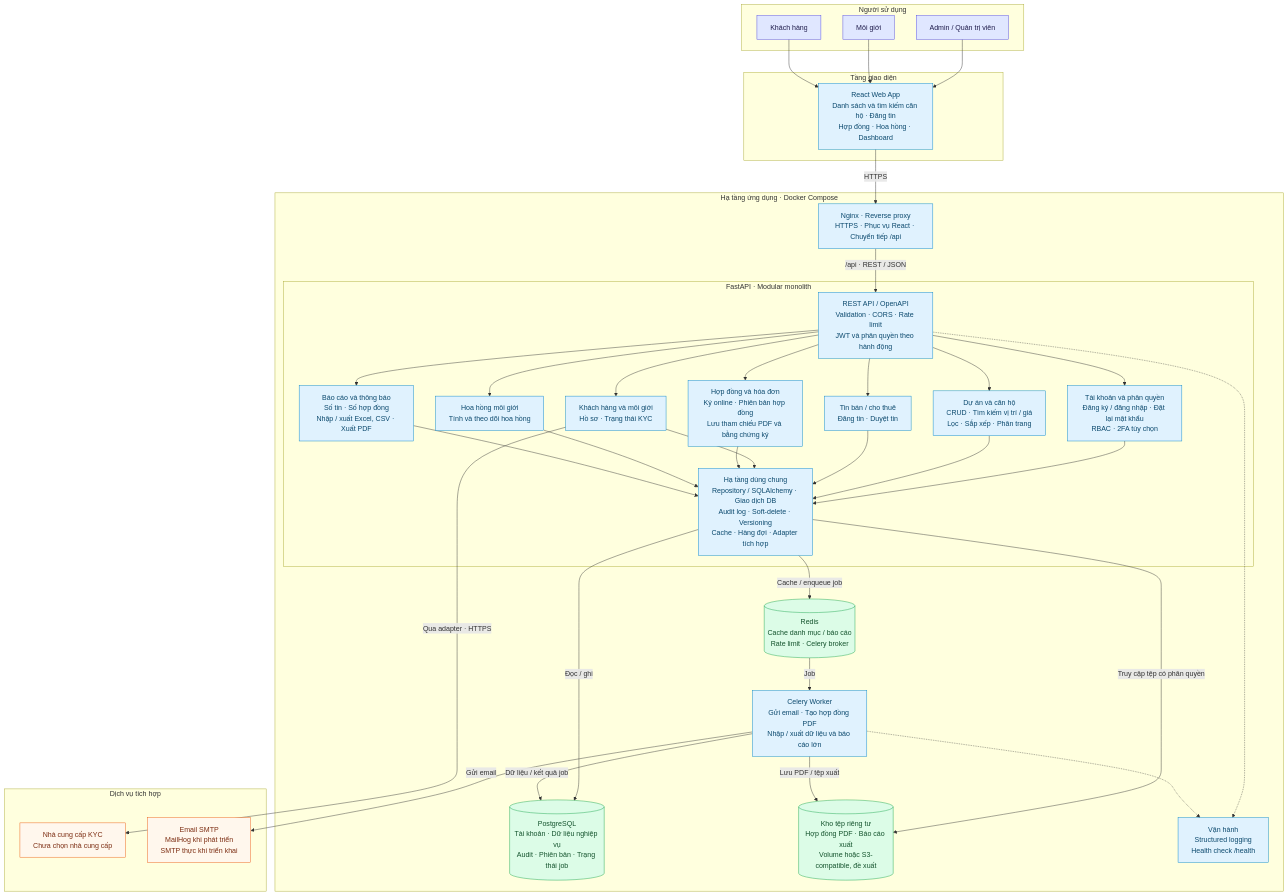
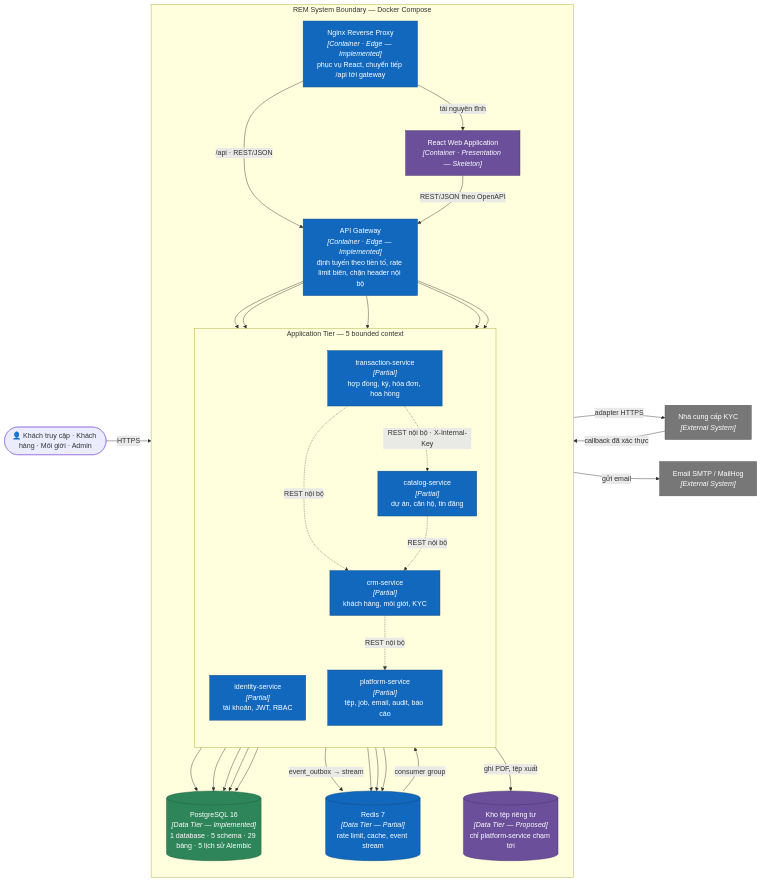
Before and after one commit to nvdat16/Real-Estate-Management: the third of 12 diagrams in docs/ARCHITECTURE.md, drawn with Mermaid. The commit also changed other lines of this file, not shown here.

Commit message:
docs(architecture): rewrite using arc42 and C4

````diff
--- a/docs/ARCHITECTURE.md
+++ b/docs/ARCHITECTURE.md
@@ -9,64 +162,69 @@
 ```mermaid
-flowchart TB
-    subgraph USERS["Người sử dụng"]
-        ADMIN["Admin / Quản trị viên"]
-        AGENT["Môi giới"]
-        CUSTOMER["Khách hàng"]
+flowchart LR
+    users(["👤 Khách truy cập · Khách hàng · Môi giới · Admin"])
+
+    subgraph system["REM System Boundary — Docker Compose"]
+        direction TB
+        proxy["Nginx Reverse Proxy<br/><i>[Container · Edge — Implemented]</i><br/>phục vụ React, chuyển tiếp /api tới gateway"]
+        web["React Web Application<br/><i>[Container · Presentation — Skeleton]</i>"]
+        gw["API Gateway<br/><i>[Container · Edge — Implemented]</i><br/>định tuyến theo tiền tố, rate limit biên, chặn header nội bộ"]
+
+        subgraph svc["Application Tier — 5 bounded context"]
+            direction TB
+            identity["identity-service<br/><i>[Partial]</i><br/>tài khoản, JWT, RBAC"]
+            catalog["catalog-service<br/><i>[Partial]</i><br/>dự án, căn hộ, tin đăng"]
+            crm["crm-service<br/><i>[Partial]</i><br/>khách hàng, môi giới, KYC"]
+            txn["transaction-service<br/><i>[Partial]</i><br/>hợp đồng, ký, hóa đơn, hoa hồng"]
+            plat["platform-service<br/><i>[Partial]</i><br/>tệp, job, email, audit, báo cáo"]
+        end
+
+        db[("PostgreSQL 16<br/><i>[Data Tier — Implemented]</i><br/>1 database · 5 schema · 29 bảng · 5 lịch sử Alembic")]
+        redis[("Redis 7<br/><i>[Data Tier — Partial]</i><br/>rate limit, cache, event stream")]
+        store[("Kho tệp riêng tư<br/><i>[Data Tier — Proposed]</i><br/>chỉ platform-service chạm tới")]
     end
 
-    subgraph CLIENT["Tầng giao diện"]
-        WEB["React Web App<br/>Danh sách và tìm kiếm căn hộ · Đăng tin<br/>Hợp đồng · Hoa hồng · Dashboard"]
-    end
+    kyc["Nhà cung cấp KYC<br/><i>[External System]</i>"]
+    mail["Email SMTP / MailHog<br/><i>[External System]</i>"]
 
-    subgraph SERVER["Hạ tầng ứng dụng · Docker Compose"]
-        PROXY["Nginx · Reverse proxy<br/>HTTPS · Phục vụ React · Chuyển tiếp /api"]
+    users -->|HTTPS| proxy
+    proxy -->|"tài nguyên tĩnh"| web
+    proxy -->|"/api · REST/JSON"| gw
+    web -->|"REST/JSON theo OpenAPI"| gw
 
-        subgraph API["FastAPI · Modular monolith"]
-            ENTRY["REST API / OpenAPI<br/>Validation · CORS · Rate limit<br/>JWT và phân quyền theo hành động"]
-            AUTH["Tài khoản và phân quyền<br/>Đăng ký / đăng nhập · Đặt lại mật khẩu<br/>RBAC · 2FA tùy chọn"]
-            PROPERTY["Dự án và căn hộ<br/>CRUD · Tìm kiếm vị trí / giá<br/>Lọc · Sắp xếp · Phân trang"]
-            LISTING["Tin bán / cho thuê<br/>Đăng tin · Duyệt tin"]
-            CRM["Khách hàng và môi giới<br/>Hồ sơ · Trạng thái KYC"]
-            CONTRACT["Hợp đồng và hóa đơn<br/>Ký online · Phiên bản hợp đồng<br/>Lưu tham chiếu PDF và bằng chứng ký"]
-            COMMISSION["Hoa hồng môi giới<br/>Tính và theo dõi hoa hồng"]
-            REPORT["Báo cáo và thông báo<br/>Số tin · Số hợp đồng<br/>Nhập / xuất Excel, CSV · Xuất PDF"]
-            CORE["Hạ tầng dùng chung<br/>Repository / SQLAlchemy · Giao dịch DB<br/>Audit log · Soft-delete · Versioning<br/>Cache · Hàng đợi · Adapter tích hợp"]
-            ENTRY --> AUTH & PROPERTY & LISTING & CRM & CONTRACT & COMMISSION & REPORT
-            AUTH & PROPERTY & LISTING & CRM & CONTRACT & COMMISSION & REPORT --> CORE
-        end
+    gw --> identity
+    gw --> catalog
+    gw --> crm
+    gw --> txn
+    gw --> plat
 
-        DB[("PostgreSQL<br/>Tài khoản · Dữ liệu nghiệp vụ<br/>Audit · Phiên bản · Trạng thái job")]
-        REDIS[("Redis<br/>Cache danh mục / báo cáo<br/>Rate limit · Celery broker")]
-        WORKER["Celery Worker<br/>Gửi email · Tạo hợp đồng PDF<br/>Nhập / xuất dữ liệu và báo cáo lớn"]
-        STORE[("Kho tệp riêng tư<br/>Hợp đồng PDF · Báo cáo xuất<br/>Volume hoặc S3-compatible, đề xuất")]
-        OBS["Vận hành<br/>Structured logging<br/>Health check /health"]
-    end
+    identity --> db
+    catalog --> db
+    crm --> db
+    txn --> db
+    plat --> db
 
-    subgraph EXT["Dịch vụ tích hợp"]
-        KYC["Nhà cung cấp KYC<br/>Chưa chọn nhà cung cấp"]
-        MAIL["Email SMTP<br/>MailHog khi phát triển<br/>SMTP thực khi triển khai"]
-    end
+    txn -.->|"REST nội bộ · X-Internal-Key"| catalog
+    txn -.->|"REST nội bộ"| crm
+    catalog -.->|"REST nội bộ"| crm
+    crm -.->|"REST nội bộ"| plat
 
-    ADMIN & AGENT & CUSTOMER --> WEB
-    WEB -->|"HTTPS"| PROXY
-    PROXY -->|"/api · REST / JSON"| ENTRY
-    CORE -->|"Đọc / ghi"| DB
-    CORE -->|"Cache / enqueue job"| REDIS
-    REDIS -->|"Job"| WORKER
-    WORKER -->|"Dữ liệu / kết quả job"| DB
-    CORE -->|"Truy cập tệp có phân quyền"| STORE
-    WORKER -->|"Lưu PDF / tệp xuất"| STORE
-    CRM -->|"Qua adapter · HTTPS"| KYC
-    WORKER -->|"Gửi email"| MAIL
-    ENTRY -.-> OBS
-    WORKER -.-> OBS
+    identity -->|"event_outbox → stream"| redis
+    catalog --> redis
+    crm --> redis
+    txn --> redis
+    redis -->|"consumer group"| plat
 
-    classDef person fill:#e0e7ff,stroke:#4f46e5,color:#1e1b4b
-    classDef app fill:#e0f2fe,stroke:#0284c7,color:#0c4a6e
-    classDef data fill:#dcfce7,stroke:#16a34a,color:#14532d
-    classDef external fill:#fff7ed,stroke:#ea580c,color:#7c2d12
-    class ADMIN,AGENT,CUSTOMER person
-    class WEB,PROXY,ENTRY,AUTH,PROPERTY,LISTING,CRM,CONTRACT,COMMISSION,REPORT,CORE,WORKER,OBS app
-    class DB,REDIS,STORE data
-    class KYC,MAIL external
+    plat -->|"ghi PDF, tệp xuất"| store
+    crm -->|"adapter HTTPS"| kyc
+    kyc -->|"callback đã xác thực"| crm
+    plat -->|"gửi email"| mail
+
+    classDef partial fill:#1168bd,color:#fff,stroke:#0b4884
+    classDef skeleton fill:#6b4f9b,color:#fff,stroke:#463267
+    classDef contract fill:#2f855a,color:#fff,stroke:#1f5b3d
+    classDef external fill:#777,color:#fff,stroke:#555
+    class identity,catalog,crm,txn,plat,redis,gw,proxy partial
+    class web,store skeleton
+    class db contract
+    class kyc,mail external
 ```
````
